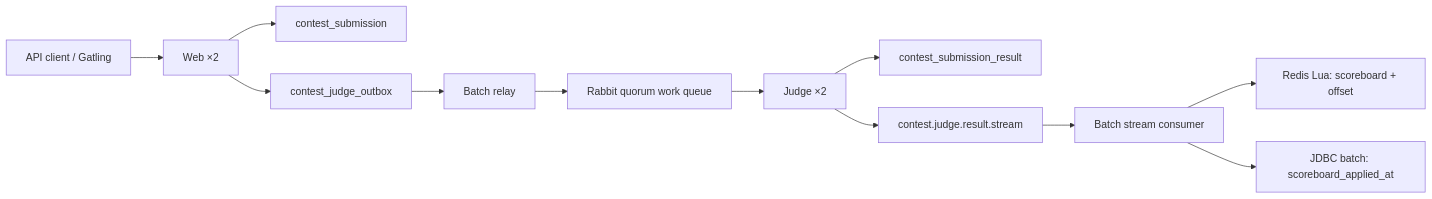
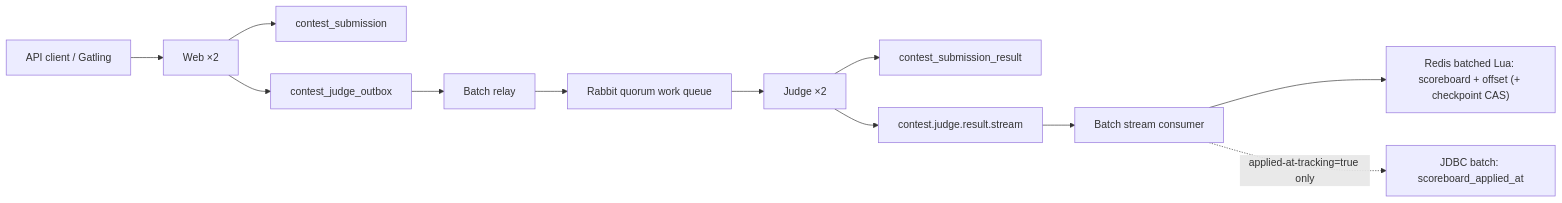
One commit to tmdrud0/web changed the diagram in docs/ARCHITECTURE.md. Above: the diagram before and after it, drawn with Mermaid. The commit also changed other lines of this file, not shown here.

Commit message:
docs: describe the batched apply, checkpoint cas and applied-at switch

````diff
--- a/docs/ARCHITECTURE.md
+++ b/docs/ARCHITECTURE.md
@@ -17,14 +17,14 @@
 ```mermaid
 flowchart LR
     Client["API client / Gatling"] --> Web["Web ×2"]
     Web --> Submission["contest_submission"]
     Web --> JudgeOutbox["contest_judge_outbox"]
     JudgeOutbox --> Relay["Batch relay"]
     Relay --> JudgeQueue["Rabbit quorum work queue"]
     JudgeQueue --> Judge["Judge ×2"]
     Judge --> Result["contest_submission_result"]
     Judge --> Stream["contest.judge.result.stream"]
     Stream --> Consumer["Batch stream consumer"]
-    Consumer --> Lua["Redis Lua: scoreboard + offset"]
-    Consumer --> AppliedAt["JDBC batch: scoreboard_applied_at"]
+    Consumer --> Lua["Redis batched Lua: scoreboard + offset (+ checkpoint CAS)"]
+    Consumer -.->|"applied-at-tracking=true only"| AppliedAt["JDBC batch: scoreboard_applied_at"]
 ```
````
